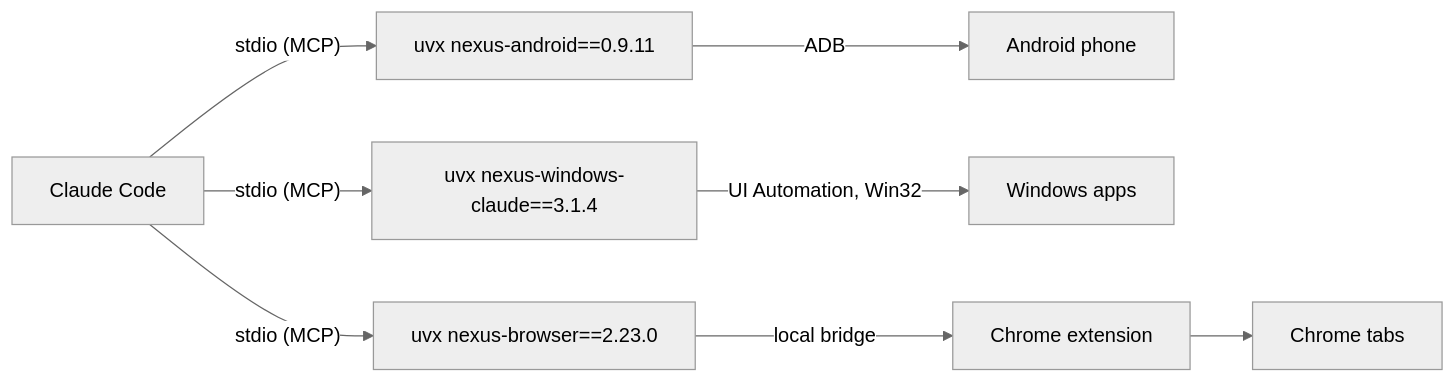
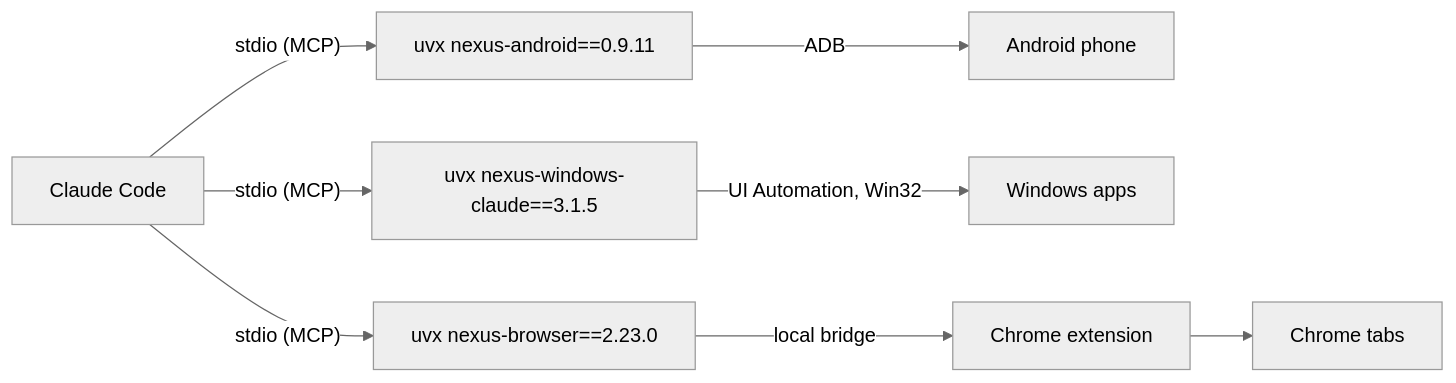
Before and after one commit to pironjulien/NexusSystem: the diagram in README.md, drawn with Mermaid (neutral theme). The commit also changed 7 other files, not shown here.

Commit message:
Update to 1.4.2: nexus-windows-claude 3.1.5

````diff
--- a/README.md
+++ b/README.md
@@ -54,6 +54,6 @@
 ```mermaid
 flowchart LR
     C["Claude Code"] -- "stdio (MCP)" --> A["uvx nexus-android==0.9.11"] -- ADB --> P["Android phone"]
-    C -- "stdio (MCP)" --> W["uvx nexus-windows-claude==3.1.4"] -- "UI Automation, Win32" --> D["Windows apps"]
+    C -- "stdio (MCP)" --> W["uvx nexus-windows-claude==3.1.5"] -- "UI Automation, Win32" --> D["Windows apps"]
     C -- "stdio (MCP)" --> B["uvx nexus-browser==2.23.0"] -- "local bridge" --> E["Chrome extension"] --> T["Chrome tabs"]
 ```
````
